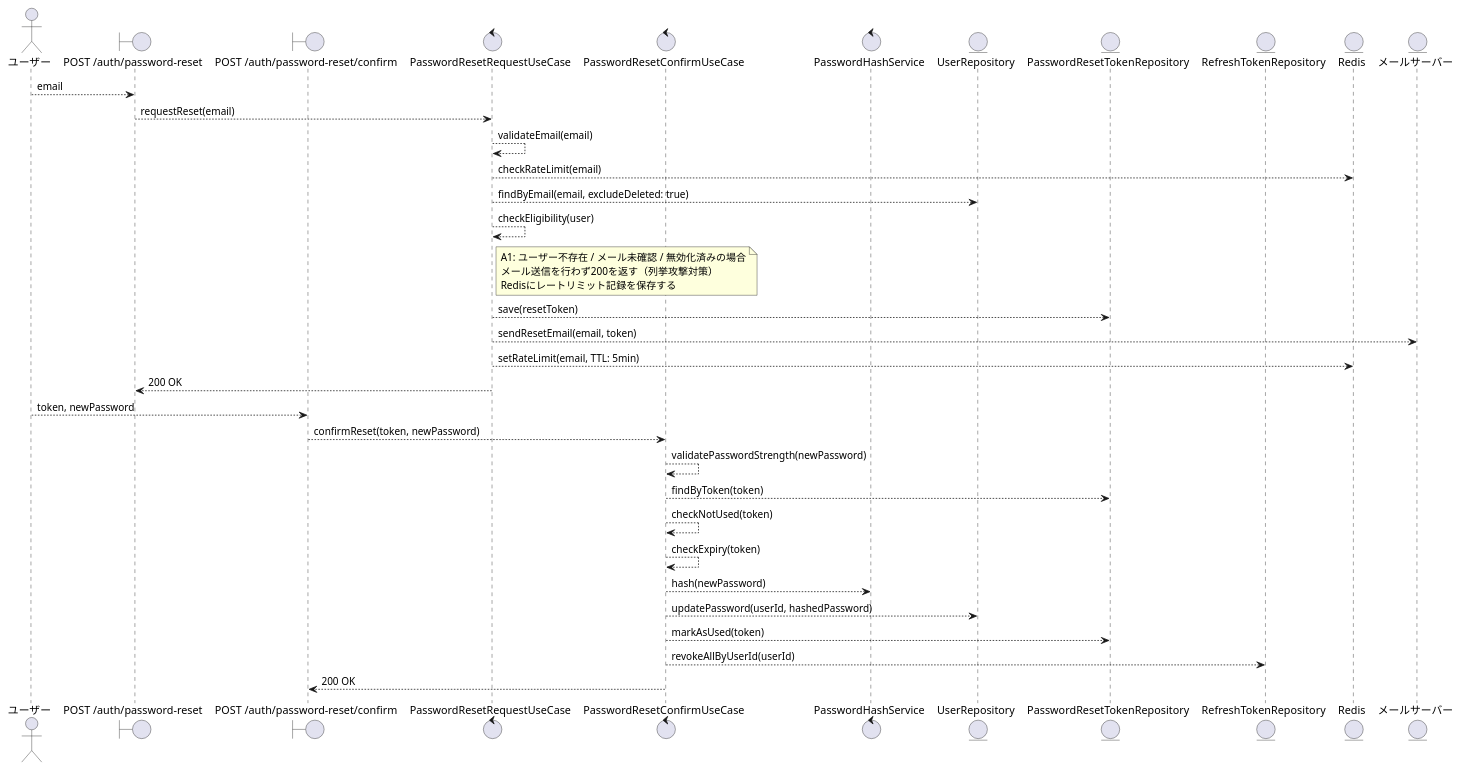
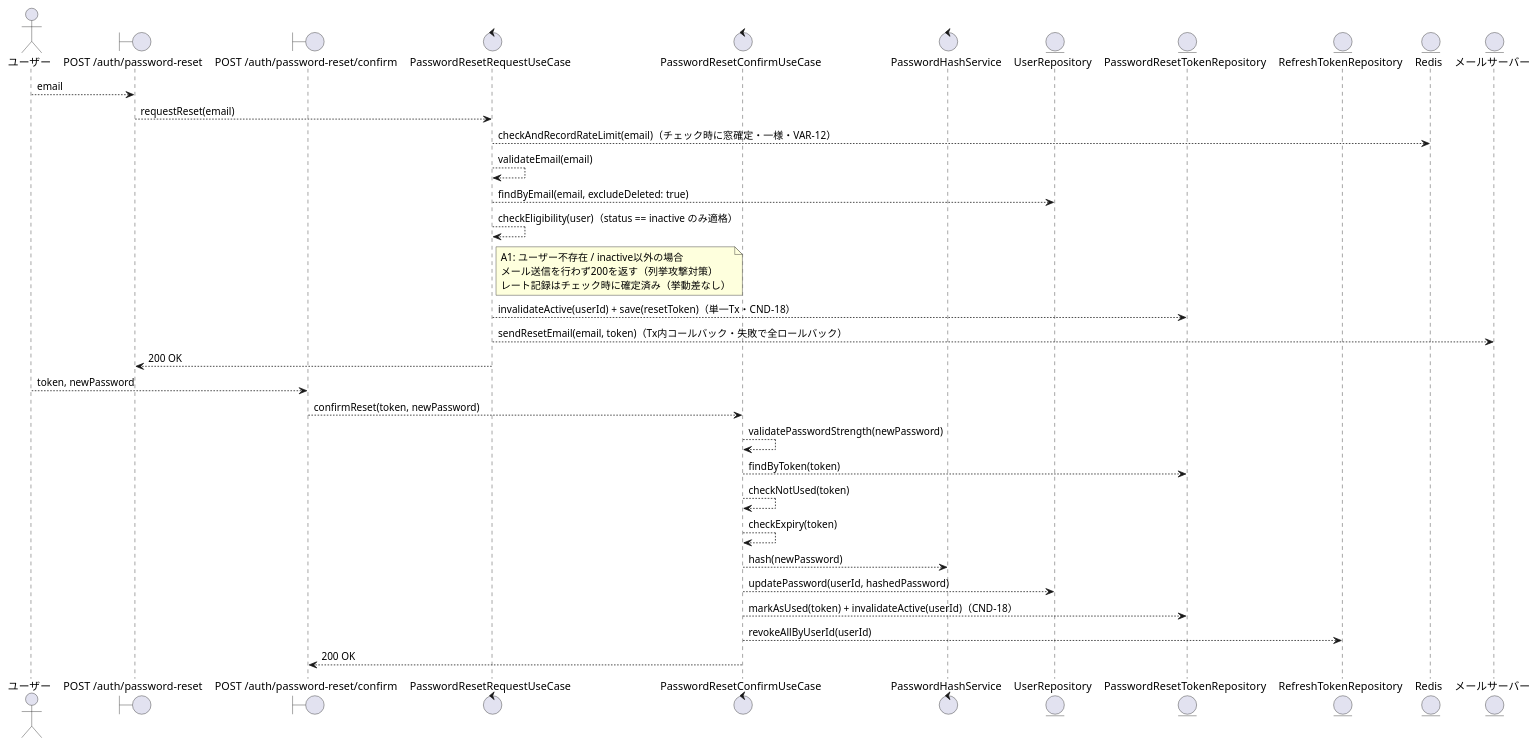
Before and after one commit to suunet/POC_HYDRA_AUTH: the first of 3 diagrams in .docs/design/buc/BUC-U07.md, drawn with PlantUML. The commit also changed other lines of this file and 7 other files, not shown here.

Commit message:
docs(T-018): cycle 1 - BUC-U07是正(レート先行・チェック時窓確定・E3全ロールバック・E7 no-op・適格性inactive限定・図追従)とCND-18発番、VAR-12/INF-05/INF-10/NFR-11/STM-03の波及是正、UC-008/UC-009仕様起草

````diff
--- a/.docs/design/buc/BUC-U07.md
+++ b/.docs/design/buc/BUC-U07.md
@@ -125,58 +127,57 @@
 ```plantuml
 @startuml
 skinparam componentStyle rectangle
 skinparam backgroundColor White
 
 actor "ユーザー" as ユーザー
 
 boundary "POST /auth/password-reset" as リセット要求API
 boundary "POST /auth/password-reset/confirm" as リセット完了API
 control "PasswordResetRequestUseCase" as 要求ユースケース
 control "PasswordResetConfirmUseCase" as 完了ユースケース
 control "PasswordHashService" as ハッシュ化
 entity "UserRepository" as ユーザーRepo
 entity "PasswordResetTokenRepository" as トークンRepo
 entity "RefreshTokenRepository" as リフレッシュトークンRepo
 entity "Redis" as Redis
 entity "メールサーバー" as メールサーバー
 
 ' フェーズ1: リセット要求
 ユーザー --> リセット要求API : email
 
 リセット要求API --> 要求ユースケース : requestReset(email)
 
+要求ユースケース --> Redis : checkAndRecordRateLimit(email)（チェック時に窓確定・一様・VAR-12）
 要求ユースケース --> 要求ユースケース : validateEmail(email)
-要求ユースケース --> Redis : checkRateLimit(email)
 要求ユースケース --> ユーザーRepo : findByEmail(email, excludeDeleted: true)
-要求ユースケース --> 要求ユースケース : checkEligibility(user)
+要求ユースケース --> 要求ユースケース : checkEligibility(user)（status == inactive のみ適格）
 
 note right of 要求ユースケース
-  A1: ユーザー不存在 / メール未確認 / 無効化済みの場合
+  A1: ユーザー不存在 / inactive以外の場合
   メール送信を行わず200を返す（列挙攻撃対策）
-  Redisにレートリミット記録を保存する
+  レート記録はチェック時に確定済み（挙動差なし）
 end note
 
-要求ユースケース --> トークンRepo : save(resetToken)
-要求ユースケース --> メールサーバー : sendResetEmail(email, token)
-要求ユースケース --> Redis : setRateLimit(email, TTL: 5min)
+要求ユースケース --> トークンRepo : invalidateActive(userId) + save(resetToken)（単一Tx・CND-18）
+要求ユースケース --> メールサーバー : sendResetEmail(email, token)（Tx内コールバック・失敗で全ロールバック）
 
 リセット要求API <-- 要求ユースケース : 200 OK
 
 ' フェーズ2: リセット完了
 ユーザー --> リセット完了API : token, newPassword
 
 リセット完了API --> 完了ユースケース : confirmReset(token, newPassword)
 
 完了ユースケース --> 完了ユースケース : validatePasswordStrength(newPassword)
 完了ユースケース --> トークンRepo : findByToken(token)
 完了ユースケース --> 完了ユースケース : checkNotUsed(token)
 完了ユースケース --> 完了ユースケース : checkExpiry(token)
 完了ユースケース --> ハッシュ化 : hash(newPassword)
 完了ユースケース --> ユーザーRepo : updatePassword(userId, hashedPassword)
-完了ユースケース --> トークンRepo : markAsUsed(token)
+完了ユースケース --> トークンRepo : markAsUsed(token) + invalidateActive(userId)（CND-18）
 完了ユースケース --> リフレッシュトークンRepo : revokeAllByUserId(userId)
 
 リセット完了API <-- 完了ユースケース : 200 OK
 
 @enduml
 ```
````
